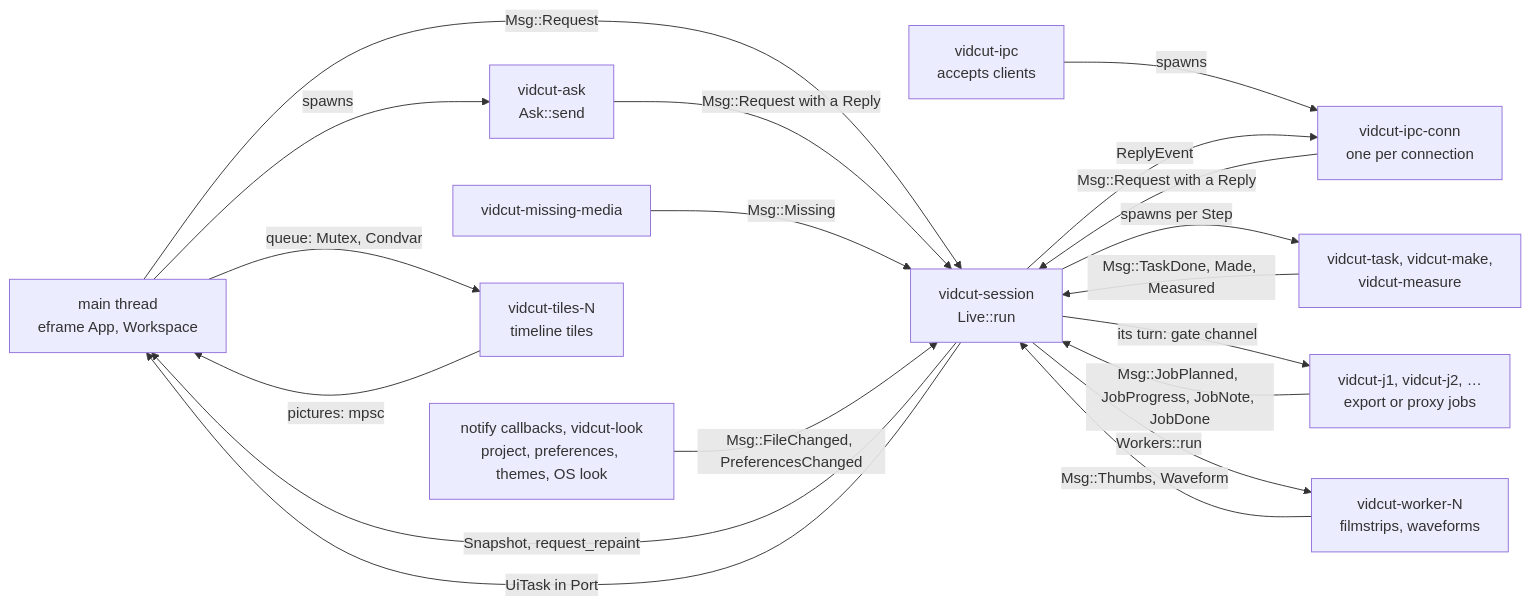
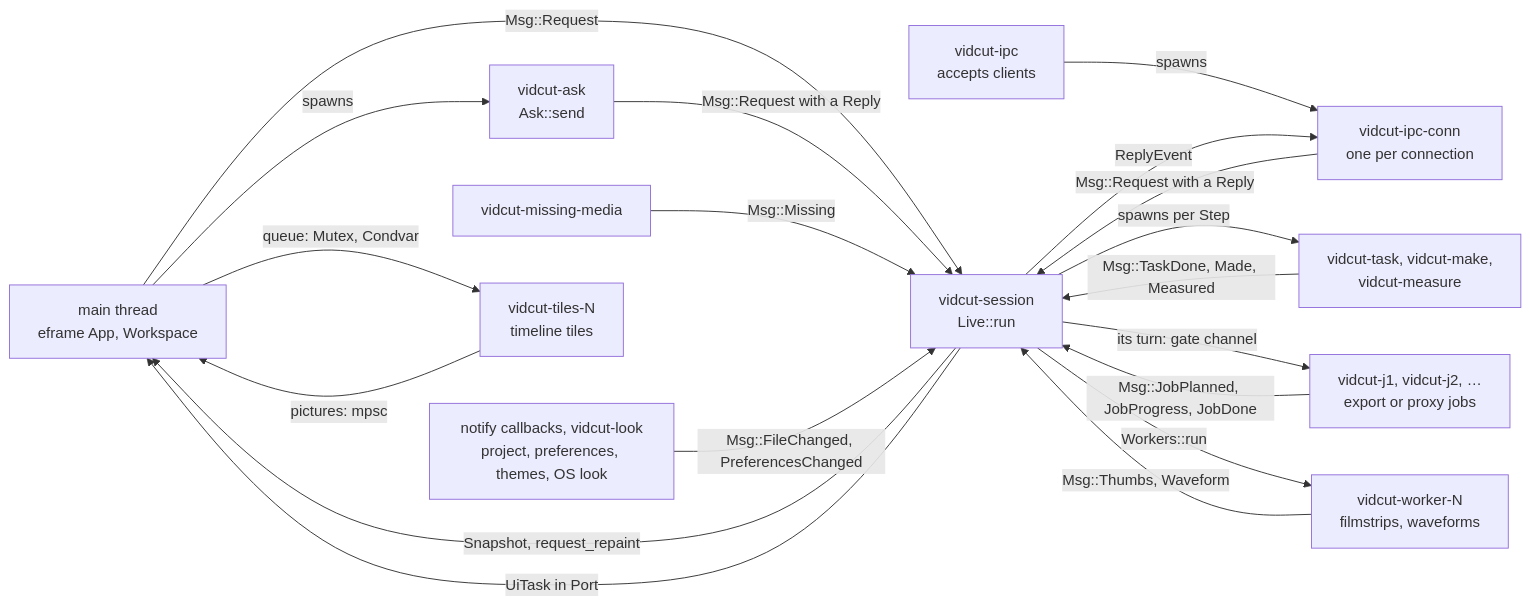
Before and after one commit to oittaa/vidcut: the first of 3 diagrams in docs/design/live.md, drawn with Mermaid. The commit also changed other lines of this file and 10 other files, not shown here.

````diff
--- a/docs/design/live.md
+++ b/docs/design/live.md
@@ -15,33 +7,33 @@
 ```mermaid
 flowchart LR
   UI["main thread<br>eframe App, Workspace"]
   S["vidcut-session<br>Live::run"]
   ASK["vidcut-ask<br>Ask::send"]
   IPC["vidcut-ipc<br>accepts clients"]
   CONN["vidcut-ipc-conn<br>one per connection"]
   STEP["vidcut-task, vidcut-make,<br>vidcut-measure"]
   JOB["vidcut-j1, vidcut-j2, …<br>export or proxy jobs"]
   WORK["vidcut-worker-N<br>filmstrips, waveforms"]
   MISS["vidcut-missing-media"]
   WATCH["notify callbacks, vidcut-look<br>project, preferences, themes, OS look"]
   TILES["vidcut-tiles-N<br>timeline tiles"]
 
   UI -->|"Msg::Request"| S
   S -->|"Snapshot, request_repaint"| UI
   S -->|"UiTask in Port"| UI
   UI -->|"spawns"| ASK
   ASK -->|"Msg::Request with a Reply"| S
   IPC -->|"spawns"| CONN
   CONN -->|"Msg::Request with a Reply"| S
   S -->|"ReplyEvent"| CONN
   S -->|"spawns per Step"| STEP
   STEP -->|"Msg::TaskDone, Made, Measured"| S
   S -->|"its turn: gate channel"| JOB
-  JOB -->|"Msg::JobPlanned, JobProgress, JobNote, JobDone"| S
+  JOB -->|"Msg::JobPlanned, JobProgress, JobDone"| S
   S -->|"Workers::run"| WORK
   WORK -->|"Msg::Thumbs, Waveform"| S
   MISS -->|"Msg::Missing"| S
   WATCH -->|"Msg::FileChanged, PreferencesChanged"| S
   UI -->|"queue: Mutex, Condvar"| TILES
   TILES -->|"pictures: mpsc"| UI
 ```
````
